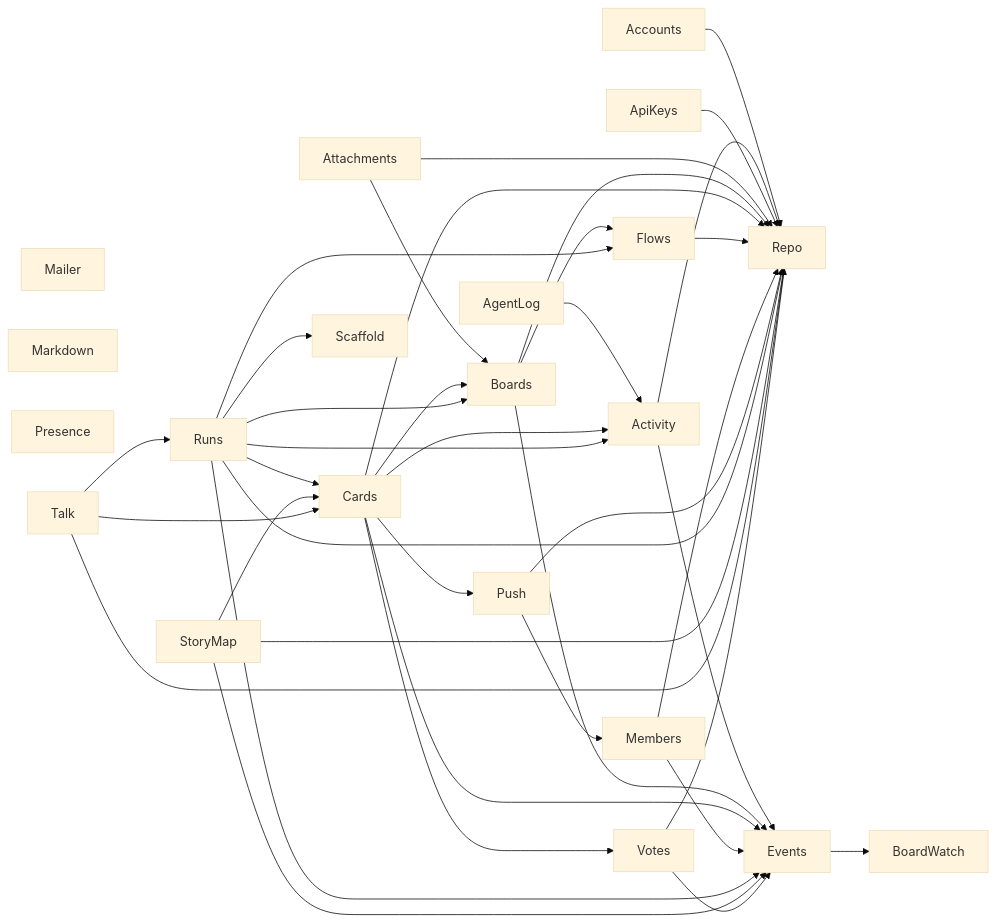
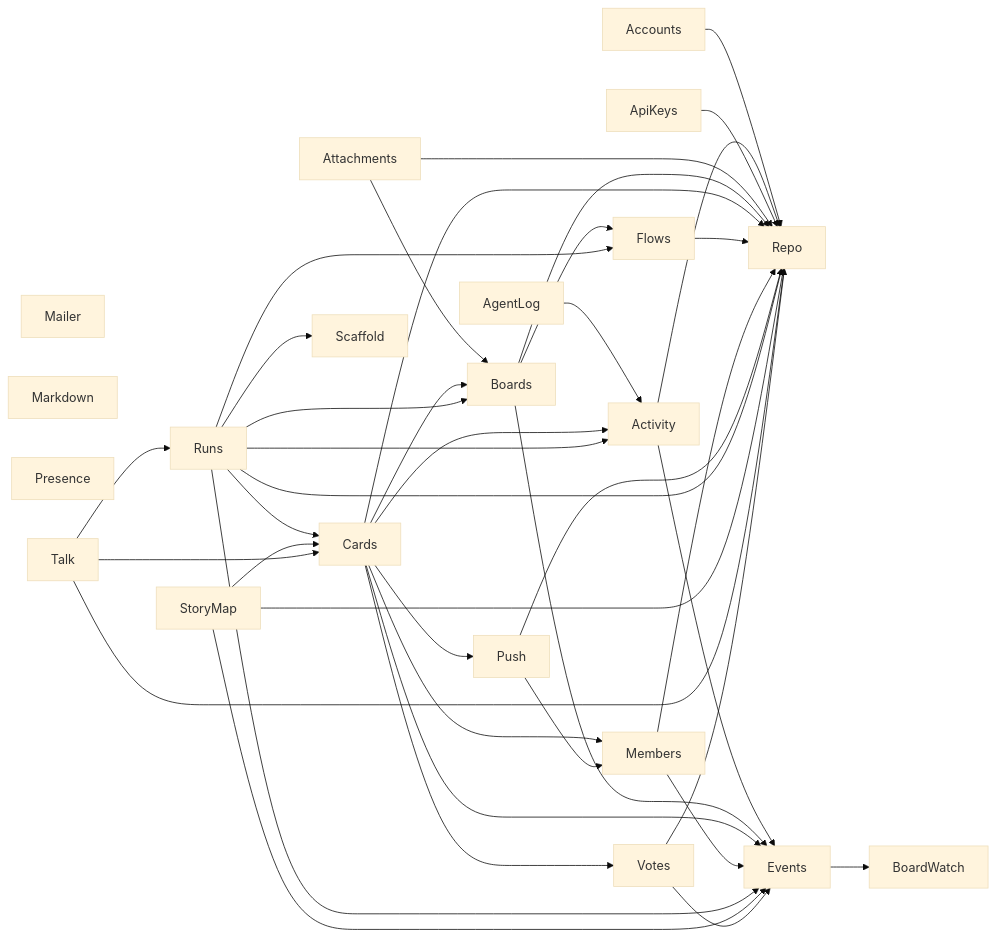
One commit to jeremylightsmith/relay changed the second of 2 diagrams in docs/architecture/deps.md. Above: the diagram before and after it, drawn with Mermaid (base theme). The commit also changed 14 other files, not shown here.

````diff
--- a/docs/architecture/deps.md
+++ b/docs/architecture/deps.md
@@ -29,43 +29,44 @@
 ```mermaid
 flowchart LR
     Mailer
     Markdown
     Presence
     Accounts --> Repo
     Activity --> Events
     Activity --> Repo
     AgentLog --> Activity
     ApiKeys --> Repo
     Attachments --> Boards
     Attachments --> Repo
     Boards --> Events
     Boards --> Flows
     Boards --> Repo
     Cards --> Activity
     Cards --> Boards
     Cards --> Events
+    Cards --> Members
     Cards --> Push
     Cards --> Repo
     Cards --> Votes
     Events --> BoardWatch
     Flows --> Repo
     Members --> Events
     Members --> Repo
     Push --> Members
     Push --> Repo
     Runs --> Activity
     Runs --> Boards
     Runs --> Cards
     Runs --> Events
     Runs --> Flows
     Runs --> Repo
     Runs --> Scaffold
     StoryMap --> Cards
     StoryMap --> Events
     StoryMap --> Repo
     Talk --> Cards
     Talk --> Repo
     Talk --> Runs
     Votes --> Events
     Votes --> Repo
 ```
````
